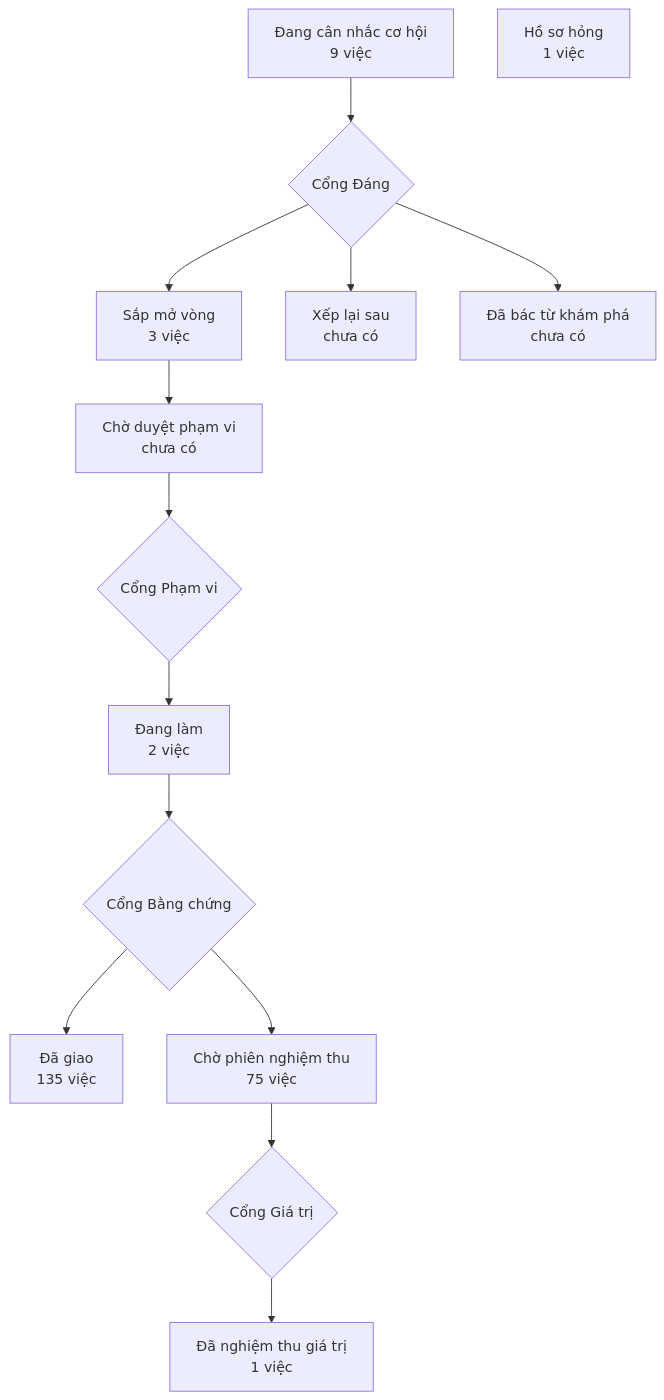
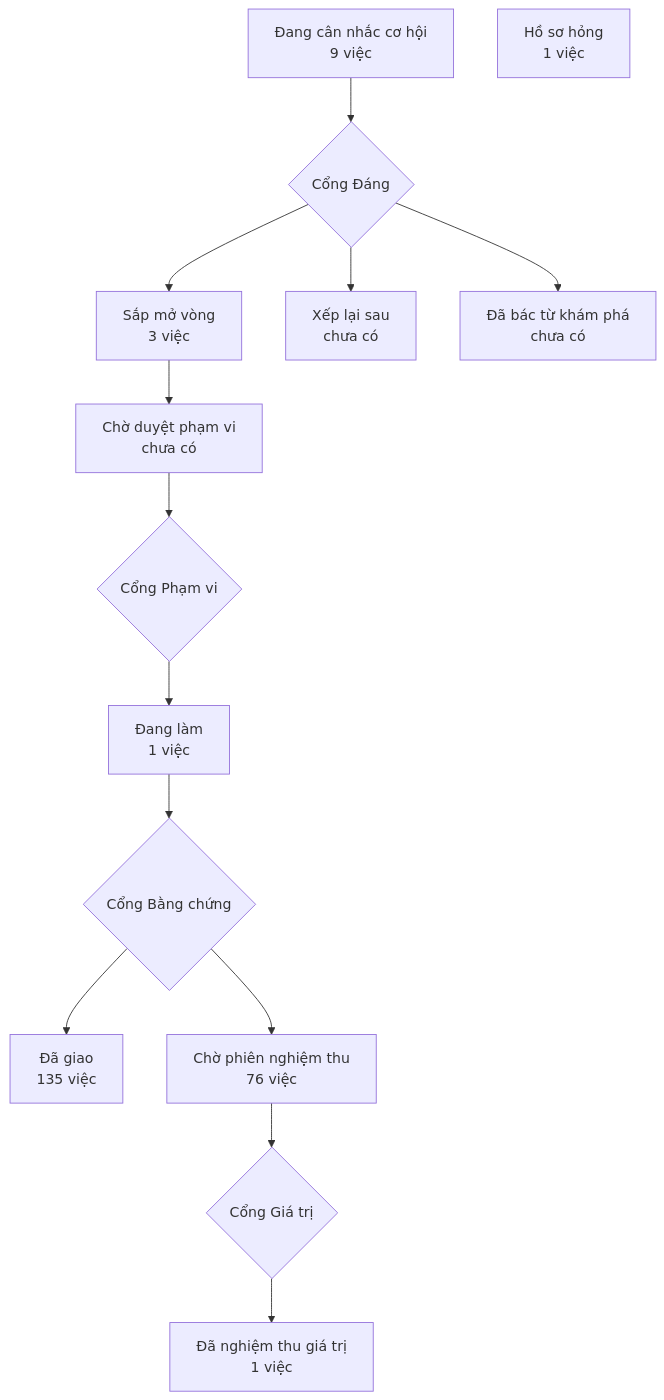
The diagram in PRODUCT-MAP.md (phanlemanh/crm-onehub), drawn with Mermaid before and after one commit. The commit also changed 3 other files, not shown here.

````diff
--- a/PRODUCT-MAP.md
+++ b/PRODUCT-MAP.md
@@ -7,13 +7,13 @@
 ```mermaid
 flowchart TD
   A["Đang cân nhắc cơ hội<br/>9 việc"] --> GD{"Cổng Đáng"}
   GD --> B["Sắp mở vòng<br/>3 việc"]
   GD --> XL["Xếp lại sau<br/>chưa có"]
   GD --> DB["Đã bác từ khám phá<br/>chưa có"]
   B --> CD["Chờ duyệt phạm vi<br/>chưa có"] --> GP{"Cổng Phạm vi"}
-  GP --> DL["Đang làm<br/>2 việc"] --> GB{"Cổng Bằng chứng"}
+  GP --> DL["Đang làm<br/>1 việc"] --> GB{"Cổng Bằng chứng"}
   GB --> DG["Đã giao<br/>135 việc"]
-  GB --> CN["Chờ phiên nghiệm thu<br/>75 việc"] --> GG{"Cổng Giá trị"}
+  GB --> CN["Chờ phiên nghiệm thu<br/>76 việc"] --> GG{"Cổng Giá trị"}
   GG --> NT["Đã nghiệm thu giá trị<br/>1 việc"]
   HS["Hồ sơ hỏng<br/>1 việc"]
 ```
````
